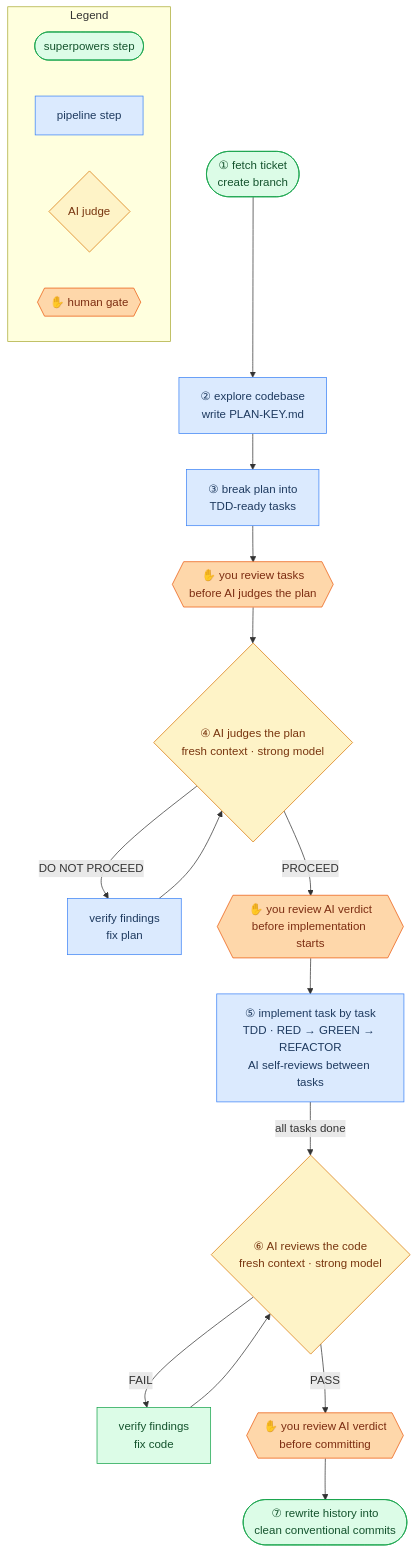
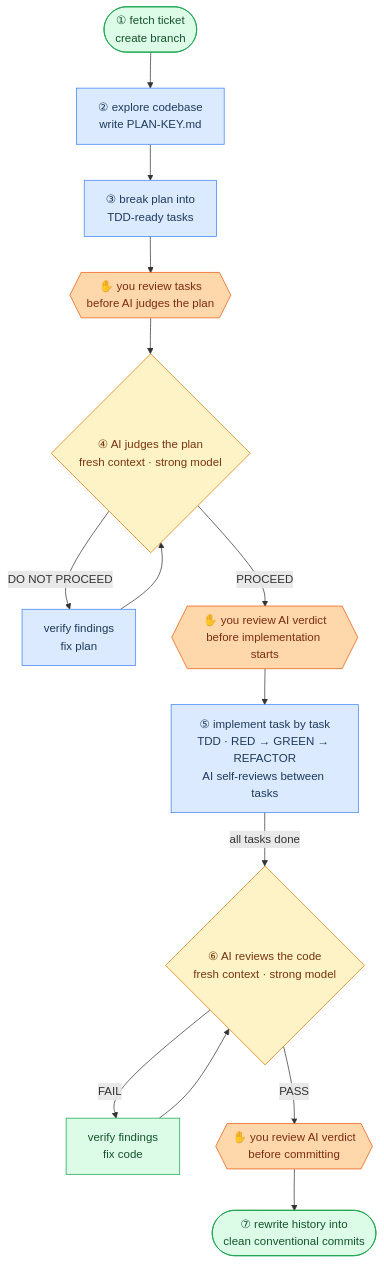
The diagram in docs/superpowers/specs/2026-06-17-readme-update-design.md (mhihasan/agentic-sdlc), drawn with Mermaid before and after one commit. The commit also changed other lines of this file, not shown here.

Commit message:
docs(spec): remove legend subgraph — plain English labels make it unnecessary

````diff
--- a/docs/superpowers/specs/2026-06-17-readme-update-design.md
+++ b/docs/superpowers/specs/2026-06-17-readme-update-design.md
@@ -86,38 +85,32 @@
 ```mermaid
 flowchart TD
     classDef pipe fill:#dbeafe,stroke:#3b82f6,color:#1e3a5f
     classDef judge fill:#fef3c7,stroke:#d97706,color:#78350f
     classDef sp fill:#dcfce7,stroke:#16a34a,color:#14532d
     classDef gate fill:#fed7aa,stroke:#ea580c,color:#7c2d12
 
     ST(["① fetch ticket\ncreate branch"]):::sp
     PFT["② explore codebase\nwrite PLAN-KEY.md"]:::pipe
     GT["③ break plan into\nTDD-ready tasks"]:::pipe
     HG1{{"✋ you review tasks\nbefore AI judges the plan"}}:::gate
     RP{"④ AI judges the plan\nfresh context · strong model"}:::judge
     RPR["verify findings\nfix plan"]:::pipe
     HG2{{"✋ you review AI verdict\nbefore implementation starts"}}:::gate
     IT["⑤ implement task by task\nTDD · RED → GREEN → REFACTOR\nAI self-reviews between tasks"]:::pipe
     RC{"⑥ AI reviews the code\nfresh context · strong model"}:::judge
     RCR["verify findings\nfix code"]:::sp
     HG3{{"✋ you review AI verdict\nbefore committing"}}:::gate
     CC(["⑦ rewrite history into\nclean conventional commits"]):::sp
 
     ST --> PFT --> GT --> HG1 --> RP
     RP -->|PROCEED| HG2
     RP -->|DO NOT PROCEED| RPR
     RPR --> RP
     HG2 --> IT
     IT -->|all tasks done| RC
     RC -->|PASS| HG3
     RC -->|FAIL| RCR
     RCR --> RC
     HG3 --> CC
 
-    subgraph Legend
-        L1(["superpowers step"]):::sp
-        L2["pipeline step"]:::pipe
-        L3{"AI judge"}:::judge
-        L4{{"✋ human gate"}}:::gate
-    end
 ```
````
